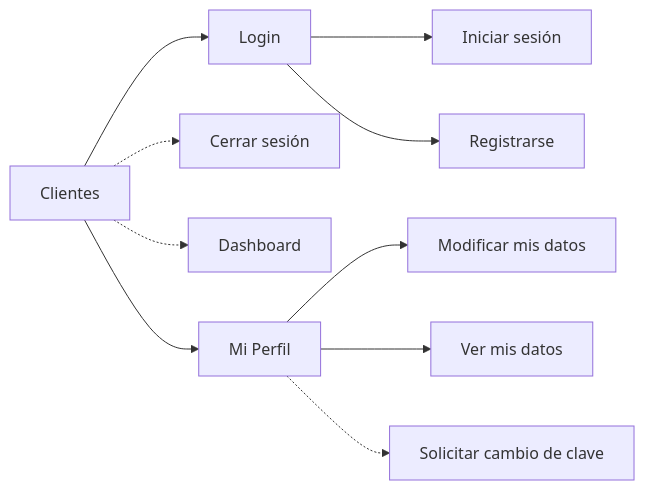
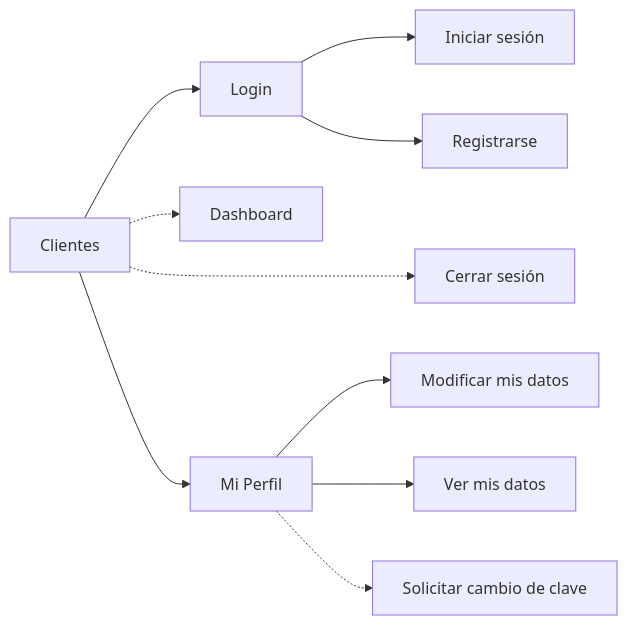
The first of 2 diagrams in Estructura de las páginas.md (maximocanedo/LABIV-TIF), drawn with Mermaid before and after one commit. The commit also changed other lines of this file, not shown here.

Commit message:
Update Estructura de las páginas.md

````diff
--- a/Estructura de las páginas.md
+++ b/Estructura de las páginas.md
@@ -4,13 +4,13 @@
 ```mermaid
 graph LR;
     Clientes-->Login;
-    Clientes-.->logout[Cerrar sesión];
+    Clientes-..->logout[Cerrar sesión];
     Login-->id1[Iniciar sesión];
     Login-->Registrarse;
     Clientes-.->Dashboard;
     Clientes-->me[Mi Perfil];
     me-->id3[Modificar mis datos];
     me-->id4[Ver mis datos];
     me-.->cambiarclave[Solicitar cambio de clave]
 
 ```
````
